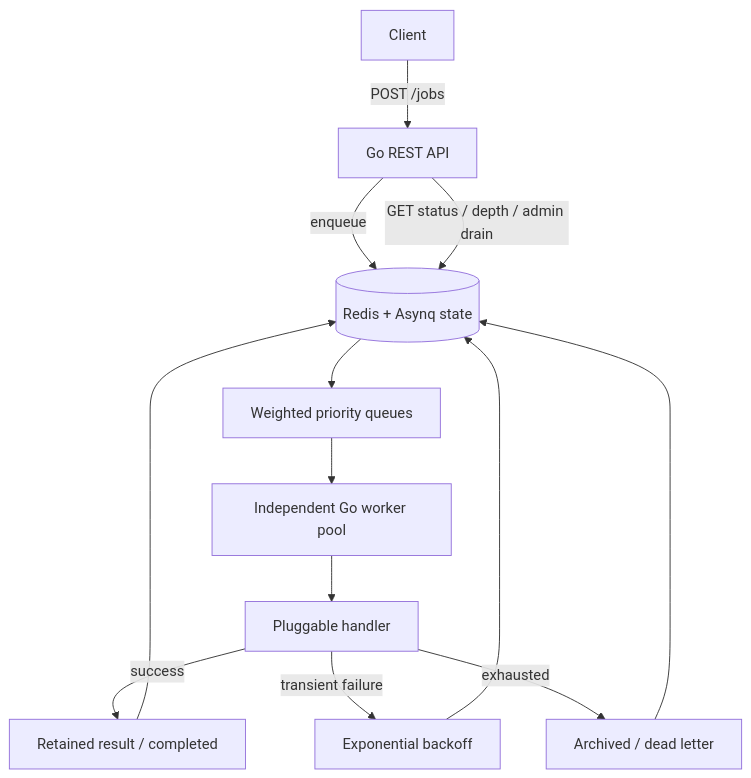
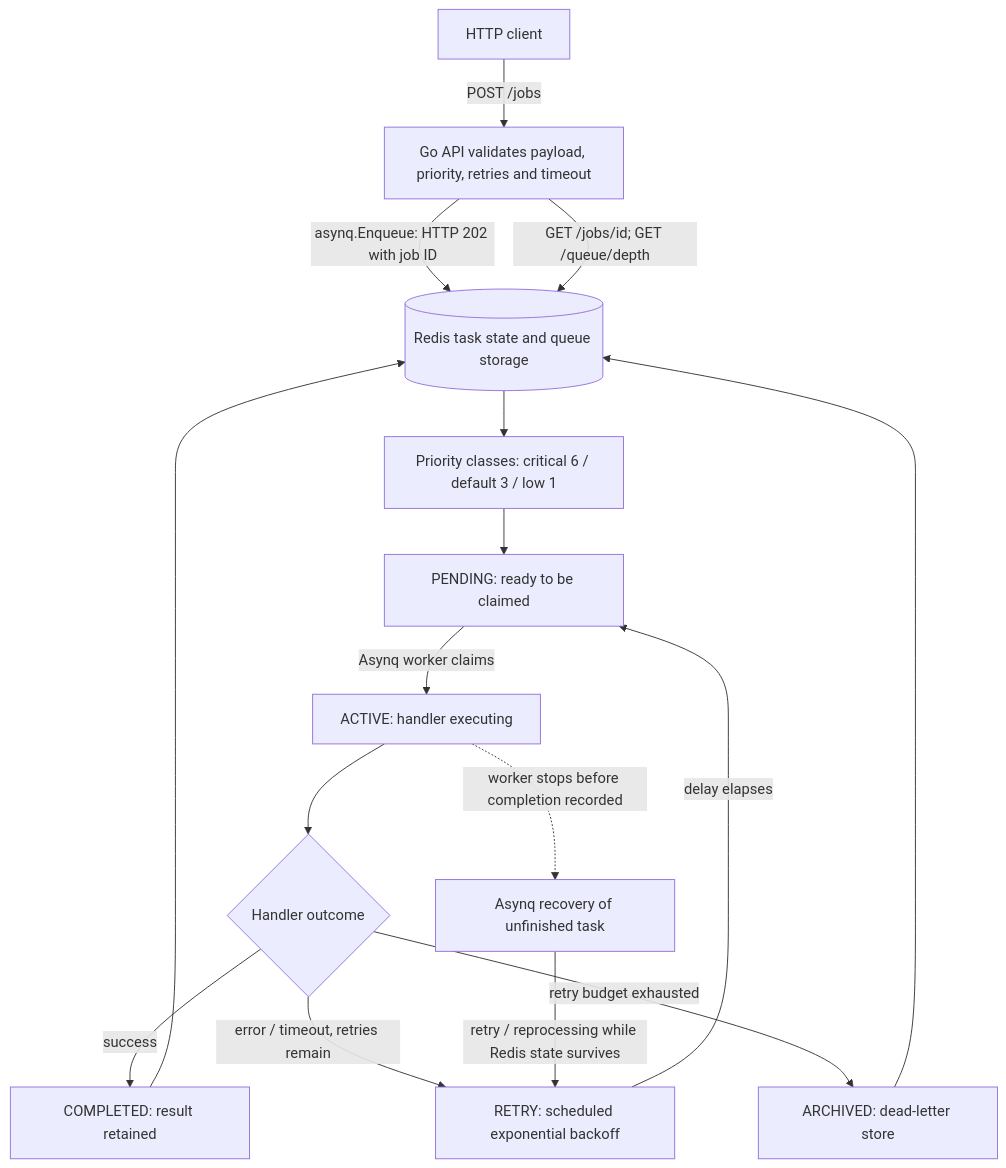
One commit to gamaheshwari246/go-async-jobs changed the diagram in docs/ARCHITECTURE.md. Above: the diagram before and after it, drawn with Mermaid. The commit also changed other lines of this file and 3 other files, not shown here.

Commit message:
Document full Redis/Asynq lifecycle, at-least-once guarantees and idempotency boundaries

````diff
--- a/docs/ARCHITECTURE.md
+++ b/docs/ARCHITECTURE.md
@@ -3,15 +5,18 @@
 ```mermaid
 flowchart TD
-  Client -->|POST /jobs| API[Go REST API]
-  API -->|enqueue| Redis[(Redis + Asynq state)]
-  Redis --> Priority[Weighted priority queues]
-  Priority --> Workers[Independent Go worker pool]
-  Workers --> Handler[Pluggable handler]
-  Handler -->|success| Results[Retained result / completed]
-  Handler -->|transient failure| Retry[Exponential backoff]
-  Retry --> Redis
-  Handler -->|exhausted| DLQ[Archived / dead letter]
-  Results --> Redis
-  DLQ --> Redis
-  API -->|GET status / depth / admin drain| Redis
+    Client[HTTP client] -->|POST /jobs| API[Go API validates payload, priority, retries and timeout]
+    API -->|asynq.Enqueue: HTTP 202 with job ID| Redis[(Redis task state and queue storage)]
+    Redis --> Q[Priority classes: critical 6 / default 3 / low 1]
+    Q --> P[PENDING: ready to be claimed]
+    P -->|Asynq worker claims| A[ACTIVE: handler executing]
+    A --> D{Handler outcome}
+    D -->|success| C[COMPLETED: result retained]
+    D -->|error / timeout, retries remain| R[RETRY: scheduled exponential backoff]
+    R -->|delay elapses| P
+    D -->|retry budget exhausted| X[ARCHIVED: dead-letter store]
+    A -.->|worker stops before completion recorded| Recovery[Asynq recovery of unfinished task]
+    Recovery -->|retry / reprocessing while Redis state survives| R
+    C --> Redis
+    X --> Redis
+    API -->|GET /jobs/id; GET /queue/depth| Redis
 ```
````
